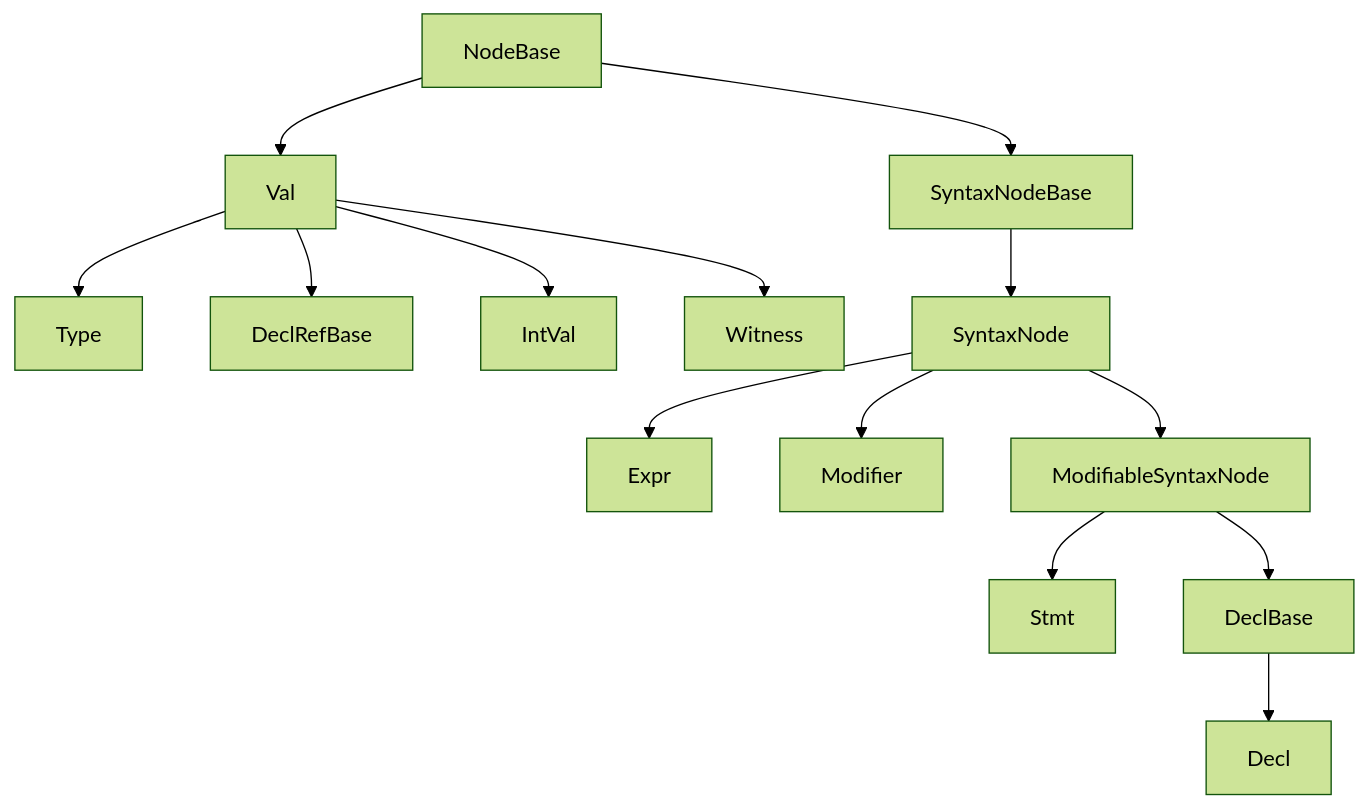
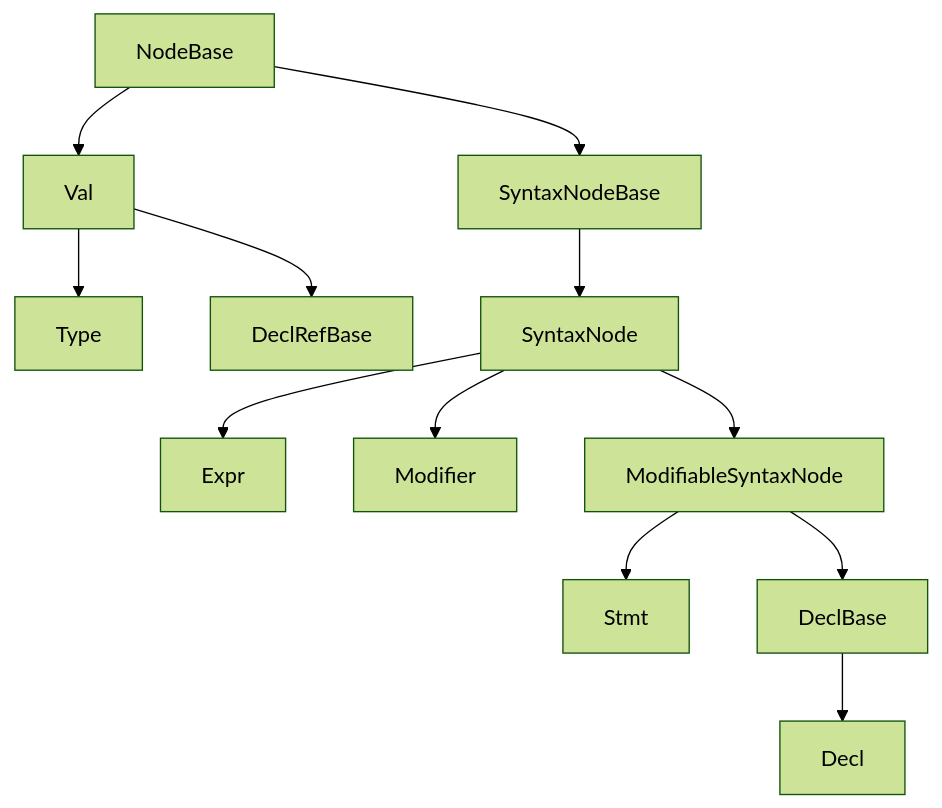
The diagram in docs/generated/design/ast-reference/index.md (shader-slang/slang), drawn with Mermaid (forest theme) before and after one commit. The commit also changed other lines of this file and 143 other files, not shown here.

````diff
--- a/docs/generated/design/ast-reference/index.md
+++ b/docs/generated/design/ast-reference/index.md
@@ -35,16 +35,14 @@
 ```mermaid
 flowchart TD
   NodeBase --> SyntaxNodeBase
   NodeBase --> Val
   Val --> Type
   Val --> DeclRefBase
-  Val --> IntVal
-  Val --> Witness
   SyntaxNodeBase --> SyntaxNode
   SyntaxNode --> Expr
   SyntaxNode --> Modifier
   SyntaxNode --> ModifiableSyntaxNode
   ModifiableSyntaxNode --> Stmt
   ModifiableSyntaxNode --> DeclBase
   DeclBase --> Decl
 ```
````
